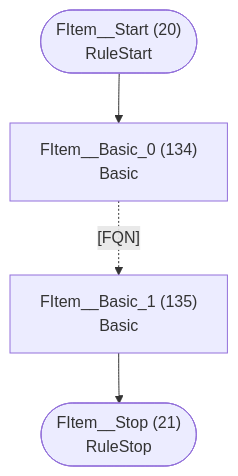
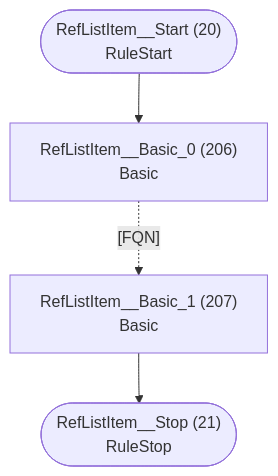
Before and after one commit to TypeFox/fastbelt: diagram 11 of 46 in internal/languages/completion/atn.md, drawn with Mermaid. The commit also changed other lines of this file and 58 other files, not shown here.

````diff
--- a/internal/languages/completion/atn.md
+++ b/internal/languages/completion/atn.md
@@ -303,11 +368,11 @@
 ```mermaid
 flowchart TD
-    q20(["FItem__Start (20)<br/>RuleStart"])
-    q21(["FItem__Stop (21)<br/>RuleStop"])
-    q134["FItem__Basic_0 (134)<br/>Basic<br/>"]
-    q135["FItem__Basic_1 (135)<br/>Basic<br/>"]
+    q20(["RefListItem__Start (20)<br/>RuleStart"])
+    q21(["RefListItem__Stop (21)<br/>RuleStop"])
+    q206["RefListItem__Basic_0 (206)<br/>Basic<br/>"]
+    q207["RefListItem__Basic_1 (207)<br/>Basic<br/>"]
 
-    q20 --> q134
-    q134 -.->|"[FQN]"| q135
-    q135 --> q21
+    q20 --> q206
+    q206 -.->|"[FQN]"| q207
+    q207 --> q21
 ```
````
